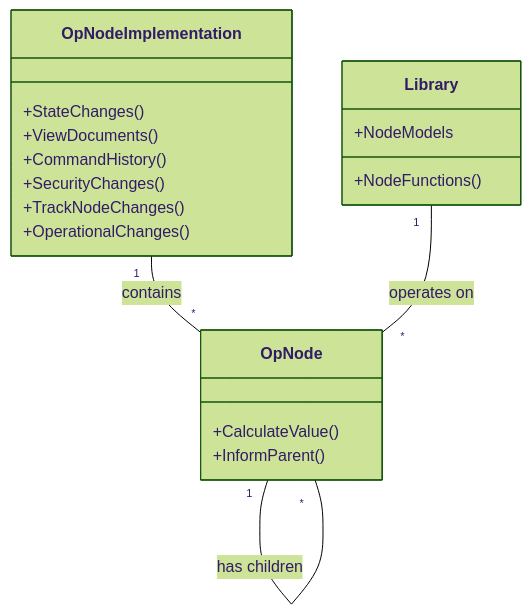
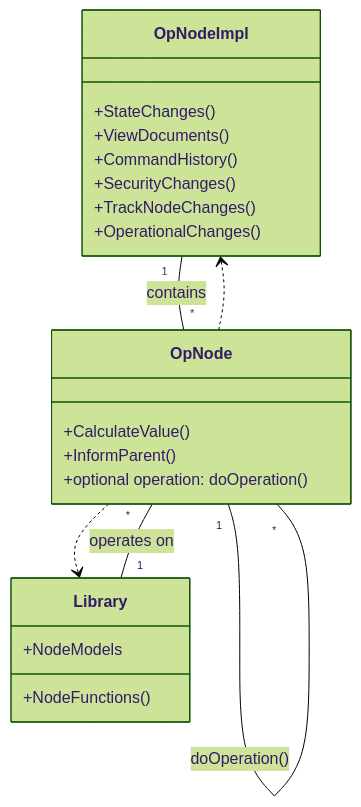
One commit to UserLevelUp/OpNode changed the diagram in README.md. Above: the diagram before and after it, drawn with Mermaid (forest theme).

````diff
--- a/README.md
+++ b/README.md
@@ -9,22 +9,26 @@
 ```mermaid
 classDiagram
-    class OpNodeImplementation{
+    class OpNodeImpl{
         +StateChanges()
         +ViewDocuments()
         +CommandHistory()
         +SecurityChanges()
         +TrackNodeChanges()
         +OperationalChanges()
     }
     class OpNode{
         +CalculateValue()
         +InformParent()
+        +optional operation: doOperation()
     }
     class Library{
         +NodeModels
         +NodeFunctions()
     }
-    OpNodeImplementation "1" -- "*" OpNode: contains
+    OpNodeImpl "1" -- "*" OpNode: contains
     Library "1" -- "*" OpNode: operates on
     OpNode "1" -- "*" OpNode: has children
+    OpNode ..> OpNodeImpl
+    OpNode ..> Library
+    OpNode "1" -- "*" OpNode: doOperation()
 ```
````
